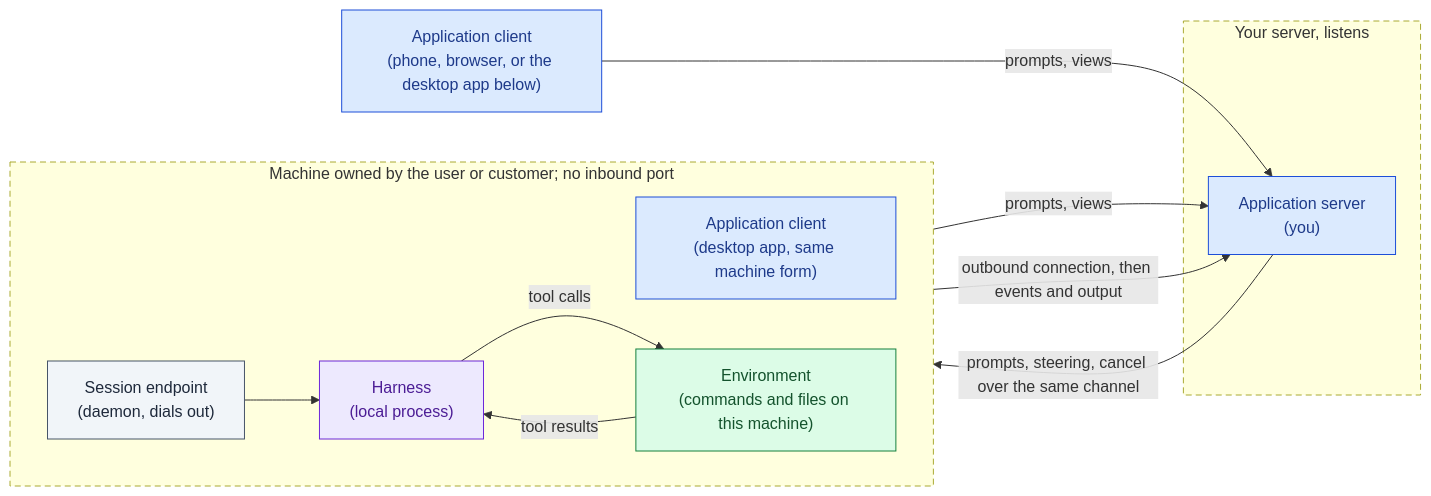
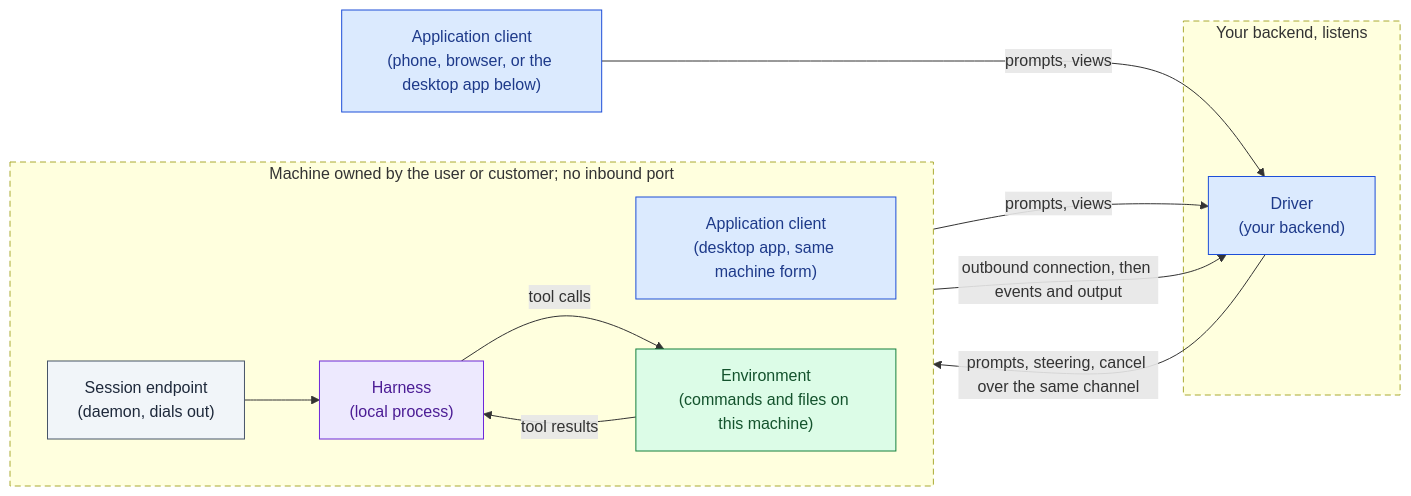
Before and after one commit to botiverse/oar: the third of 13 diagrams in docs/design/patterns.md, drawn with Mermaid. The commit also changed other lines of this file, not shown here.

First line of the commit message:
docs(design): patterns split the application into client and driver, pattern 1 gets 1a and 1b

````diff
--- a/docs/design/patterns.md
+++ b/docs/design/patterns.md
@@ -226,27 +292,27 @@
 ```mermaid
 flowchart LR
   Phone["Application client<br/>(phone, browser, or the desktop app below)"]:::app
-  subgraph server["Your server, listens"]
-    App["Application server<br/>(you)"]:::app
+  subgraph server["Your backend, listens"]
+    App["Driver<br/>(your backend)"]:::app
   end
   subgraph theirs["Machine owned by the user or customer; no inbound port"]
     direction LR
     Desk["Application client<br/>(desktop app, same machine form)"]:::app
     Front["Session endpoint<br/>(daemon, dials out)"]:::front
     Harness["Harness<br/>(local process)"]:::harness
     Env["Environment<br/>(commands and files on this machine)"]:::env
   end
   Phone -- "prompts, views" --> App
   Desk -- "prompts, views" --> App
   Front -- "outbound connection, then events and output" --> App
   App -- "prompts, steering, cancel over the same channel" --> Front
   Front --> Harness
   Harness -- "tool calls" --> Env
   Env -- "tool results" --> Harness
   style server stroke-dasharray: 6 4
   style theirs stroke-dasharray: 6 4
   classDef app fill:#dbeafe,stroke:#1d4ed8,color:#1e3a8a
   classDef harness fill:#ede9fe,stroke:#6d28d9,color:#4c1d95
   classDef env fill:#dcfce7,stroke:#15803d,color:#14532d
   classDef front fill:#f1f5f9,stroke:#475569,color:#1e293b
 ```
````
